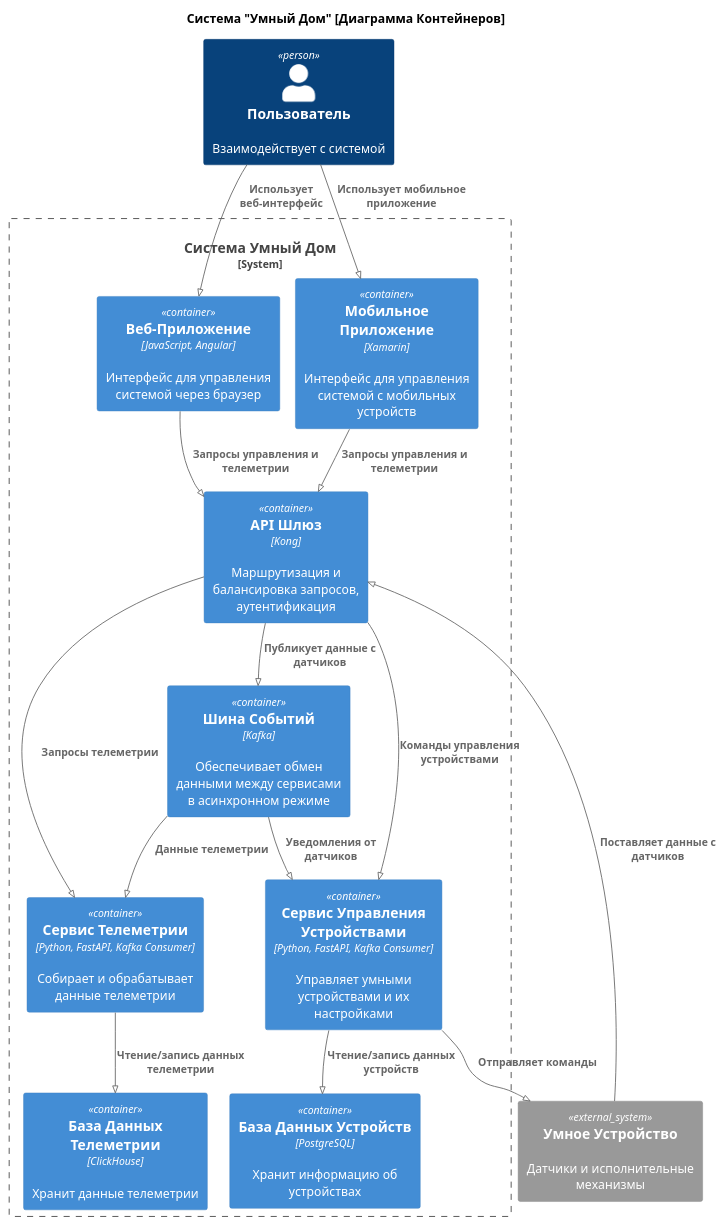
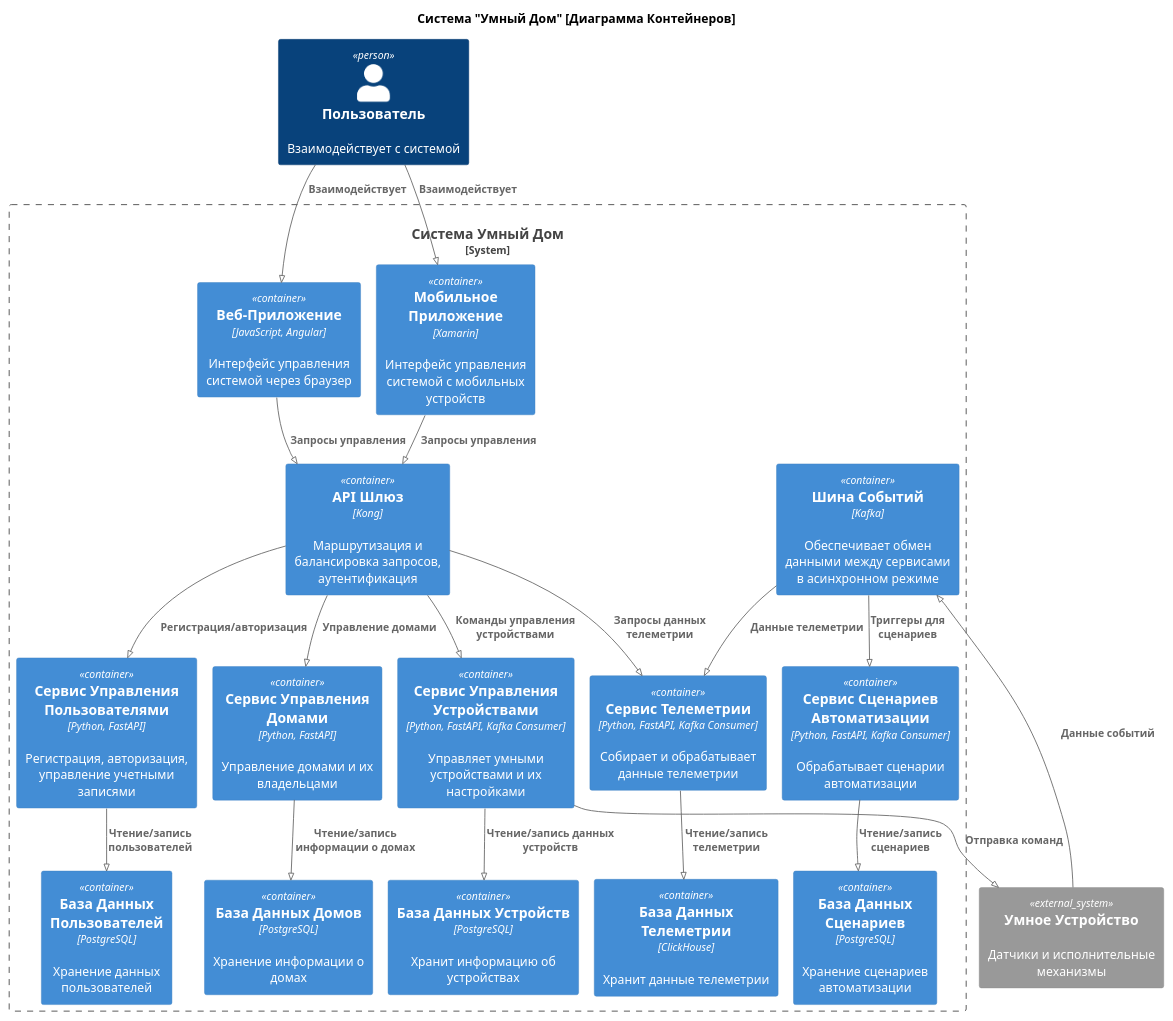
The diagram in docs/container/container.puml (aosovskii/architecture-sprint-3), drawn with PlantUML before and after one commit. The commit also changed 6 other files, not shown here.

```diff
--- a/docs/container/container.puml
+++ b/docs/container/container.puml
@@ -1,48 +1,59 @@
 @startuml
 !pragma layout smetana
 
 !includeurl https://raw.githubusercontent.com/RicardoNiepel/C4-PlantUML/master/C4_Component.puml
 
 title Система "Умный Дом" [Диаграмма Контейнеров]
 
-System_Boundary(smart_home_system, "Система Умный Дом"){
+System_Boundary(smart_home_system, "Система Умный Дом") {
 
     Container(kafka, "Шина Событий", "Kafka", "Обеспечивает обмен данными между сервисами в асинхронном режиме")
     Container(api_gateway, "API Шлюз", "Kong", "Маршрутизация и балансировка запросов, аутентификация")
 
+    Container(user_service, "Сервис Управления Пользователями", "Python, FastAPI", "Регистрация, авторизация, управление учетными записями")
+    Container(user_database, "База Данных Пользователей", "PostgreSQL", "Хранение данных пользователей")
+
+    Container(house_service, "Сервис Управления Домами", "Python, FastAPI", "Управление домами и их владельцами")
+    Container(house_database, "База Данных Домов", "PostgreSQL", "Хранение информации о домах")
 
     Container(device_service, "Сервис Управления Устройствами", "Python, FastAPI, Kafka Consumer", "Управляет умными устройствами и их настройками")
     Container(device_database, "База Данных Устройств", "PostgreSQL", "Хранит информацию об устройствах")
 
     Container(telemetry_service, "Сервис Телеметрии", "Python, FastAPI, Kafka Consumer", "Собирает и обрабатывает данные телеметрии")
     Container(telemetry_database, "База Данных Телеметрии", "ClickHouse", "Хранит данные телеметрии")
 
-    Container(web_app, "Веб-Приложение", "JavaScript, Angular", "Интерфейс для управления системой через браузер")
-    Container(mobile_app, "Мобильное Приложение", "Xamarin", "Интерфейс для управления системой с мобильных устройств")
+    Container(automation_service, "Сервис Сценариев Автоматизации", "Python, FastAPI, Kafka Consumer", "Обрабатывает сценарии автоматизации")
+    Container(scenario_database, "База Данных Сценариев", "PostgreSQL", "Хранение сценариев автоматизации")
+
+    Container(web_app, "Веб-Приложение", "JavaScript, Angular", "Интерфейс управления системой через браузер")
+    Container(mobile_app, "Мобильное Приложение", "Xamarin", "Интерфейс управления системой с мобильных устройств")
 }
 
 Person(user, "Пользователь", "Взаимодействует с системой")
 System_Ext(smart_device, "Умное Устройство", "Датчики и исполнительные механизмы")
 
-Rel(user, web_app, "Использует веб-интерфейс")
-Rel(user, mobile_app, "Использует мобильное приложение")
+Rel(user, web_app, "Взаимодействует")
+Rel(user, mobile_app, "Взаимодействует")
 
-Rel(web_app, api_gateway, "Запросы управления и телеметрии")
-Rel(mobile_app, api_gateway, "Запросы управления и телеметрии")
+Rel(web_app, api_gateway, "Запросы управления")
+Rel(mobile_app, api_gateway, "Запросы управления")
+
+Rel(api_gateway, user_service, "Регистрация/авторизация")
+Rel(user_service, user_database, "Чтение/запись пользователей")
+
+Rel(api_gateway, house_service, "Управление домами")
+Rel(house_service, house_database, "Чтение/запись информации о домах")
 
 Rel(api_gateway, device_service, "Команды управления устройствами")
-Rel(api_gateway, kafka, "Публикует данные с датчиков")
-Rel(api_gateway, telemetry_service, "Запросы телеметрии")
+Rel(device_service, device_database, "Чтение/запись данных устройств")
 
+Rel(api_gateway, telemetry_service, "Запросы данных телеметрии")
+Rel(telemetry_service, telemetry_database, "Чтение/запись телеметрии")
 
 Rel(kafka, telemetry_service, "Данные телеметрии")
-Rel(kafka, device_service, "Уведомления от датчиков")
+Rel(kafka, automation_service, "Триггеры для сценариев")
+Rel(automation_service, scenario_database, "Чтение/запись сценариев")
 
-Rel(device_service, smart_device, "Отправляет команды")
-Rel(device_service, device_database, "Чтение/запись данных устройств")
-
-Rel(smart_device, api_gateway, "Поставляет данные с датчиков")
-Rel(telemetry_service, telemetry_database, "Чтение/запись данных телеметрии")
-
-
+Rel(device_service, smart_device, "Отправка команд")
+Rel(smart_device, kafka, "Данные событий")
 @enduml
```
